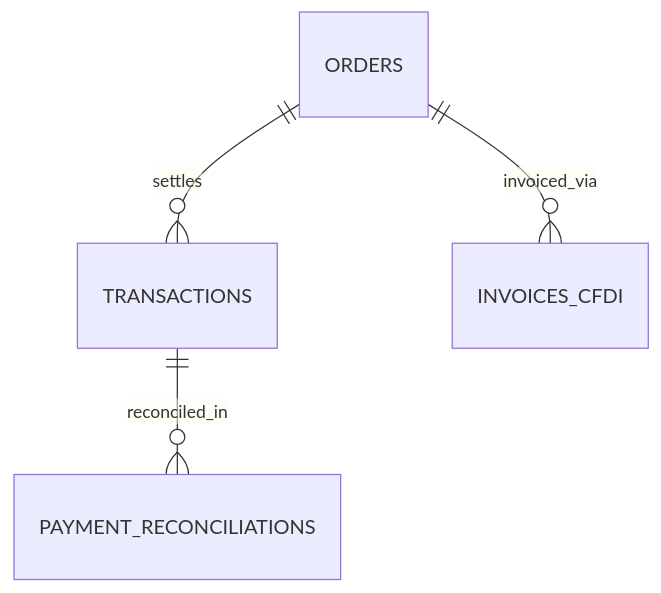
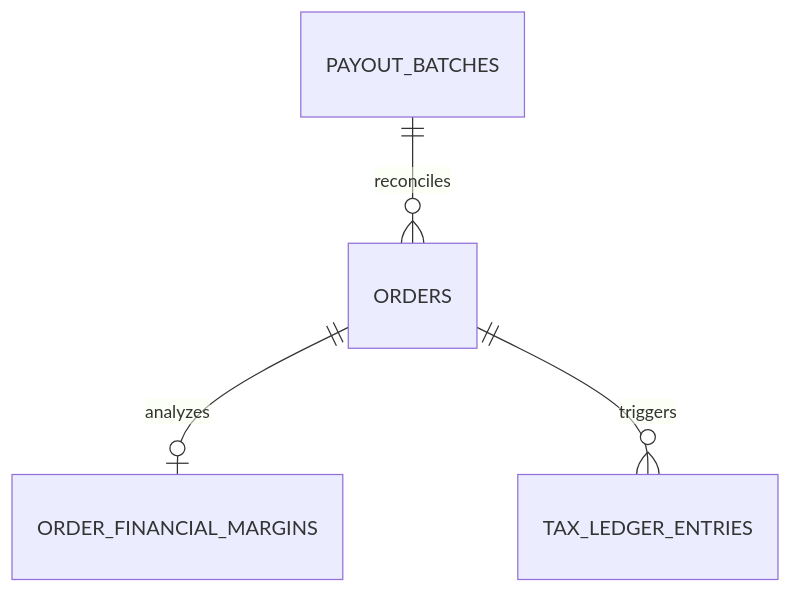
Before and after one commit to arteagaescorza-dev/mi-tienda-online: the diagram in docs/modules/hub-5-finanzas.md, drawn with Mermaid. The commit also changed other lines of this file and 49 other files, not shown here.

````diff
--- a/docs/modules/hub-5-finanzas.md
+++ b/docs/modules/hub-5-finanzas.md
@@ -23,6 +21,6 @@
 ```mermaid
 erDiagram
-    ORDERS ||--o{ TRANSACTIONS : settles
-    TRANSACTIONS ||--o{ PAYMENT_RECONCILIATIONS : reconciled_in
-    ORDERS ||--o{ INVOICES_CFDI : invoiced_via
+    ORDERS ||--o| ORDER_FINANCIAL_MARGINS : analyzes
+    PAYOUT_BATCHES ||--o{ ORDERS : reconciles
+    ORDERS ||--o{ TAX_LEDGER_ENTRIES : triggers
 ```
````
